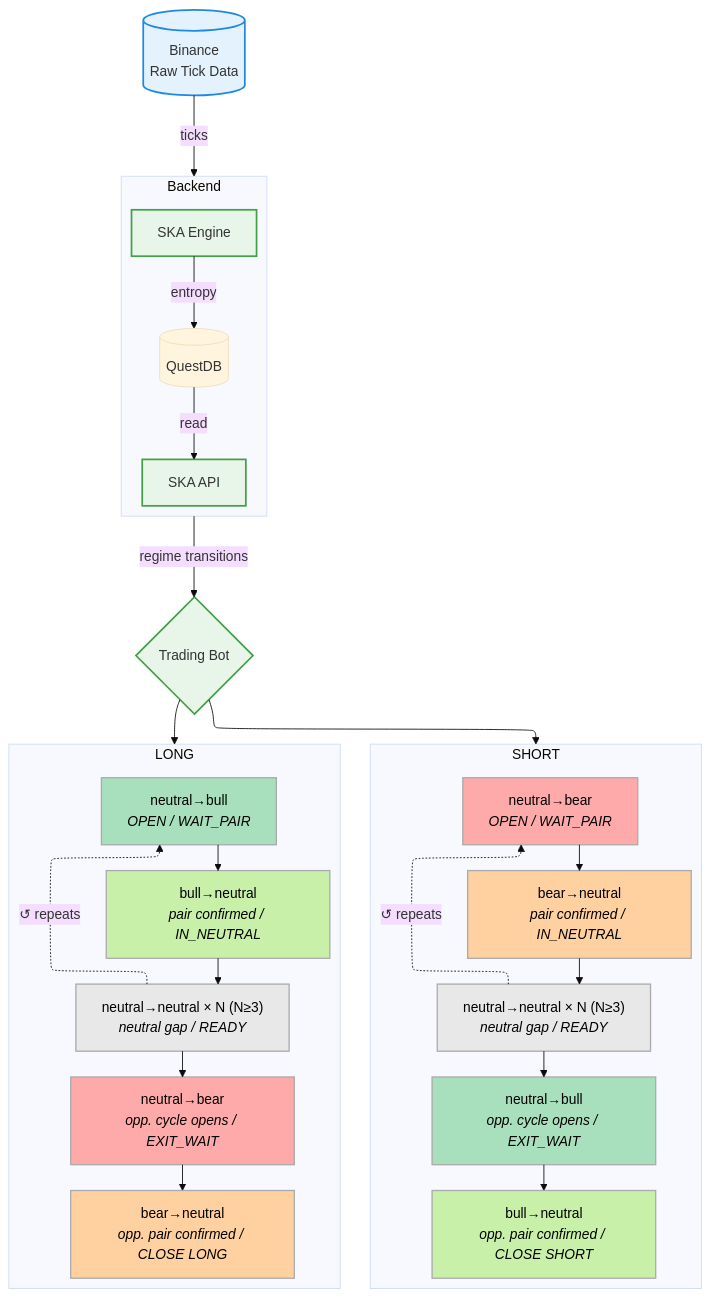
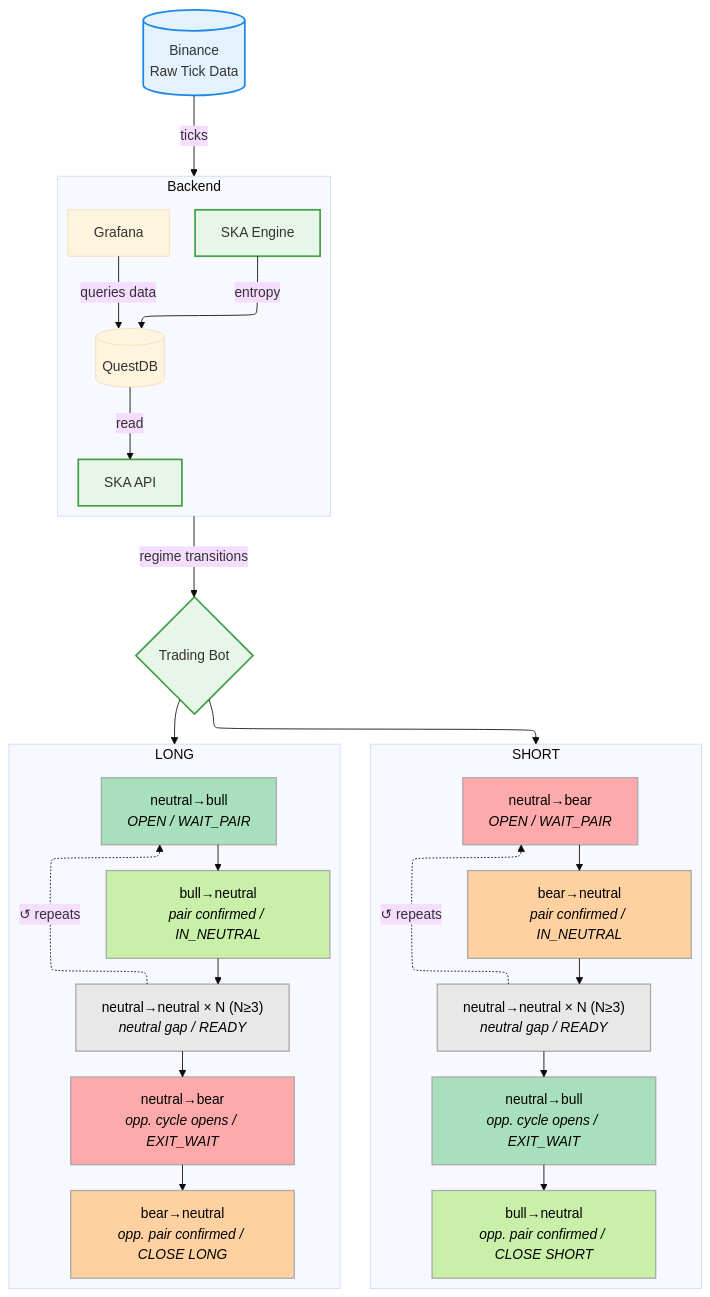
One commit to quantiota/SKA-Binance-API changed the diagram in README.md. Above: the diagram before and after it, drawn with Mermaid.

````diff
--- a/README.md
+++ b/README.md
@@ -42,73 +42,80 @@
 ```mermaid
 ---
 config:
   look: classic
   theme: base
   layout: elk
 ---
 flowchart TD
-
   BINANCE[(Binance\nRaw Tick Data)]
   API[SKA API]
   BOT@{ shape: diamond, label: "Trading Bot" }
+
+  
+
 
   subgraph Backend["Backend"]
     direction TB
     ENGINE[SKA Engine]
     QDB[(QuestDB)]
     API[SKA API]
+    GRAFANA[Grafana]
   end
 
   BINANCE -- "ticks" --> Backend
   ENGINE -- "entropy" --> QDB
   QDB -- "read" --> API
+  GRAFANA -- "queries data" --> QDB
   Backend -- "regime transitions" --> BOT
+
+
 
 BOT --> LONG
 BOT --> SHORT
 
     subgraph SHORT["SHORT"]
         direction TB
         S1["neutral→bear<br/><i>OPEN / WAIT_PAIR</i>"]
         S2["bear→neutral<br/><i>pair confirmed / IN_NEUTRAL</i>"]
         S3["neutral→neutral × N (N≥3)<br/><i>neutral gap / READY</i>"]
         S4["neutral→bull<br/><i>opp. cycle opens / EXIT_WAIT</i>"]
         S5["bull→neutral<br/><i>opp. pair confirmed / CLOSE SHORT</i>"]
         S1 --> S2 --> S3 --> S4 --> S5
         S3 -. "↺ repeats" .-> S1
     end
 
     subgraph LONG["LONG"]
         direction TB
         L1["neutral→bull<br/><i>OPEN / WAIT_PAIR</i>"]
         L2["bull→neutral<br/><i>pair confirmed / IN_NEUTRAL</i>"]
         L3["neutral→neutral × N (N≥3)<br/><i>neutral gap / READY</i>"]
         L4["neutral→bear<br/><i>opp. cycle opens / EXIT_WAIT</i>"]
         L5["bear→neutral<br/><i>opp. pair confirmed / CLOSE LONG</i>"]
         L1 --> L2 --> L3 --> L4 --> L5
         L3 -. "↺ repeats" .-> L1
     end
 
     classDef data      fill:#E3F2FD,stroke:#1E88E5,stroke-width:2px;
     classDef process   fill:#E8F5E9,stroke:#43A047,stroke-width:2px;
     classDef longOpen  fill:#A8DFBC,stroke:#AAAAAA,color:#000,stroke-width:1.5px;
     classDef longPair  fill:#C8F0A8,stroke:#AAAAAA,color:#000,stroke-width:1.5px;
     classDef shortOpen fill:#FFAAAA,stroke:#AAAAAA,color:#000,stroke-width:1.5px;
     classDef shortPair fill:#FFD0A0,stroke:#AAAAAA,color:#000,stroke-width:1.5px;
     classDef neutral   fill:#E8E8E8,stroke:#AAAAAA,color:#000,stroke-width:1.5px;
 
     class BINANCE data;
     class ENGINE process;
     class API,BOT process;
 
     class L1 longOpen;
     class L2 longPair;
     class L3 neutral;
     class L4 shortOpen;
     class L5 shortPair;
     class S1 shortOpen;
     class S2 shortPair;
     class S3 neutral;
     class S4 longOpen;
     class S5 longPair;
+
 ```
````
